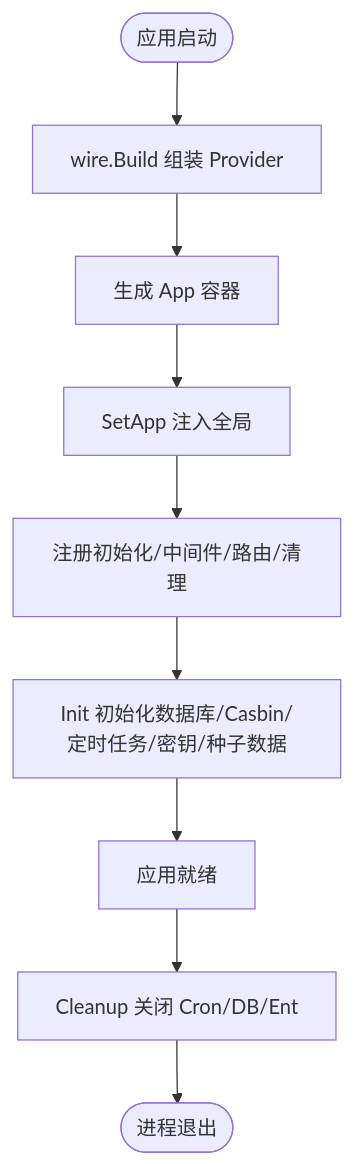
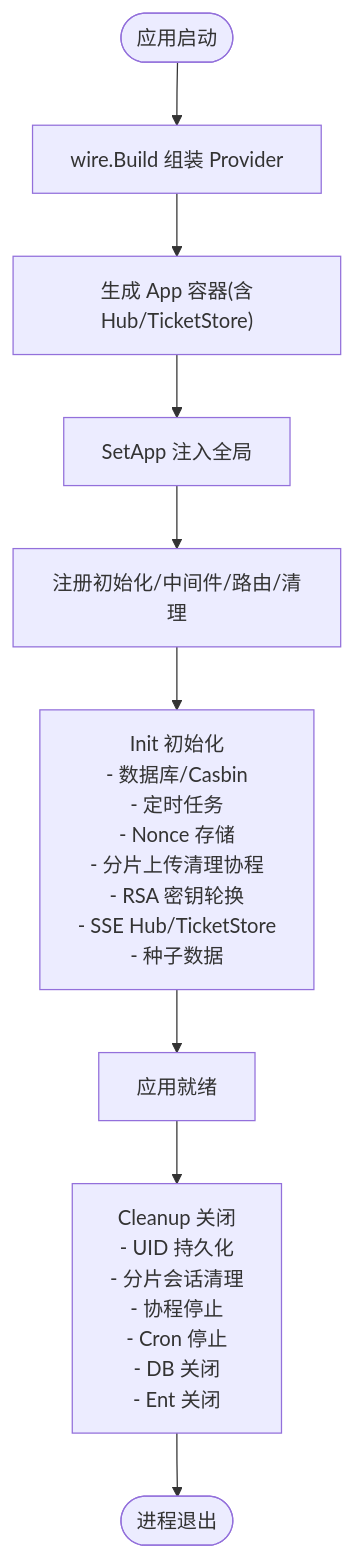
One commit to wuwuseo/e-sports-go-admin changed the third of 8 diagrams in .qoder/repowiki/zh/content/架构设计/架构设计.md. Above: the diagram before and after it, drawn with Mermaid. The commit also changed other lines of this file and 42 other files, not shown here.

````diff
--- a/.qoder/repowiki/zh/content/架构设计/架构设计.md
+++ b/.qoder/repowiki/zh/content/架构设计/架构设计.md
@@ -178,11 +205,11 @@
 ```mermaid
 flowchart TD
 Start(["应用启动"]) --> Build["wire.Build 组装 Provider"]
-Build --> App["生成 App 容器"]
+Build --> App["生成 App 容器(含Hub/TicketStore)"]
 App --> SetApp["SetApp 注入全局"]
 SetApp --> Bootstrap["注册初始化/中间件/路由/清理"]
-Bootstrap --> Init["Init 初始化数据库/Casbin/定时任务/密钥/种子数据"]
+Bootstrap --> Init["Init 初始化<br/>- 数据库/Casbin<br/>- 定时任务<br/>- Nonce 存储<br/>- 分片上传清理协程<br/>- RSA 密钥轮换<br/>- SSE Hub/TicketStore<br/>- 种子数据"]
 Init --> Ready["应用就绪"]
-Ready --> Cleanup["Cleanup 关闭 Cron/DB/Ent"]
+Ready --> Cleanup["Cleanup 关闭<br/>- UID 持久化<br/>- 分片会话清理<br/>- 协程停止<br/>- Cron 停止<br/>- DB 关闭<br/>- Ent 关闭"]
 Cleanup --> End(["进程退出"])
 ```
````
